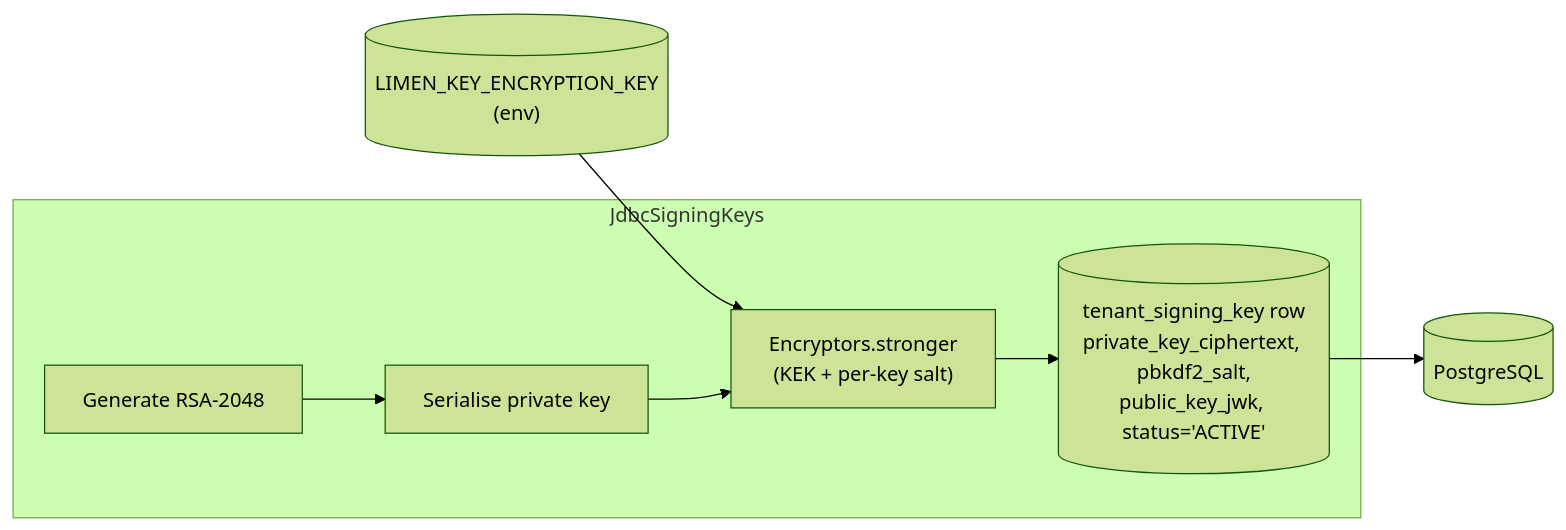
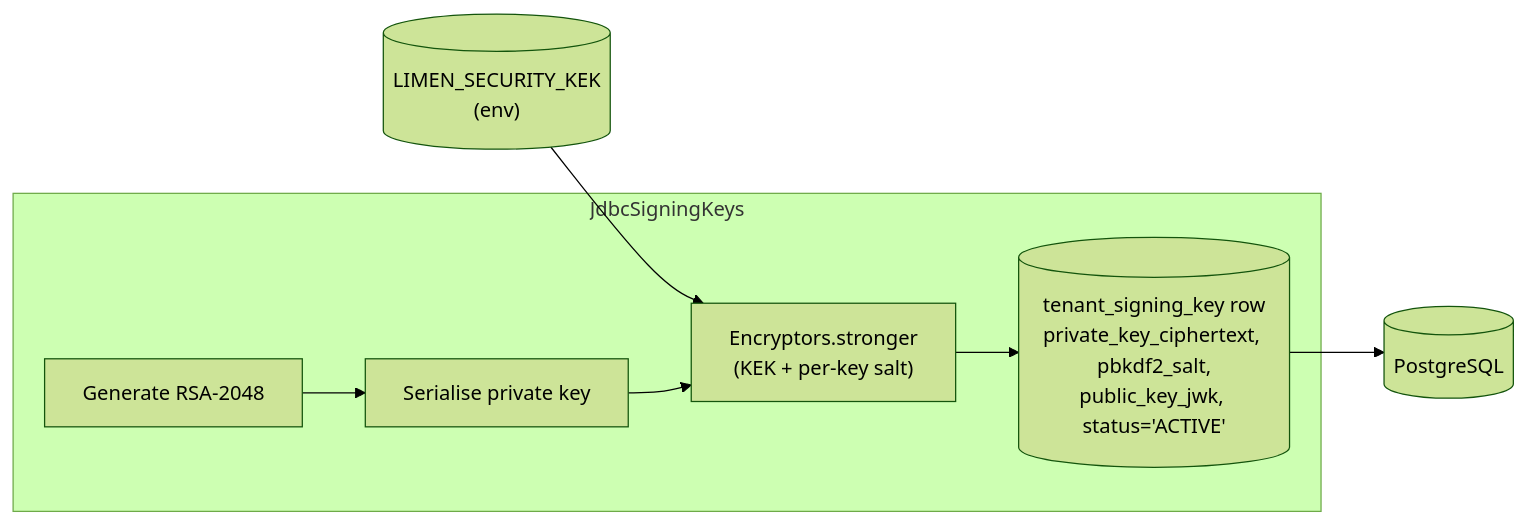
Before and after one commit to stucray/limen: the fourth of 8 diagrams in docs/reference/architecture.md, drawn with Mermaid (forest theme). The commit also changed other lines of this file and 10 other files, not shown here.

````diff
--- a/docs/reference/architecture.md
+++ b/docs/reference/architecture.md
@@ -282,10 +282,10 @@
 ```mermaid
 flowchart LR
-    KEK[("LIMEN_KEY_ENCRYPTION_KEY<br/>(env)")] --> ENC
+    KEK[("LIMEN_SECURITY_KEK<br/>(env)")] --> ENC
     subgraph JdbcSigningKeys
       GEN[Generate RSA-2048] --> SERIALISE[Serialise private key]
       SERIALISE --> ENC["Encryptors.stronger<br/>(KEK + per-key salt)"]
       ENC --> ROW
     end
     ROW[("tenant_signing_key row<br/>private_key_ciphertext, pbkdf2_salt,<br/>public_key_jwk, status='ACTIVE'")] --> DB[(PostgreSQL)]
 ```
````
